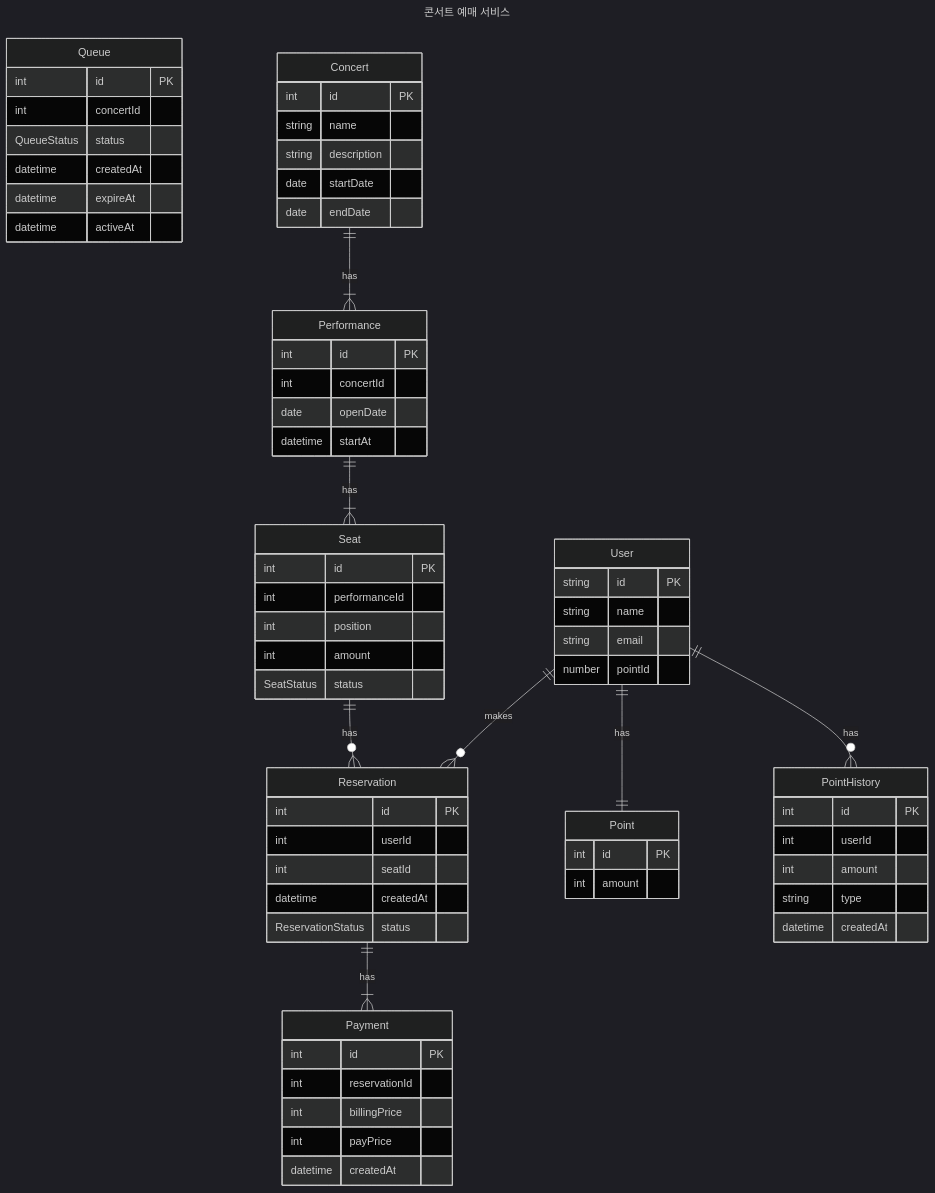
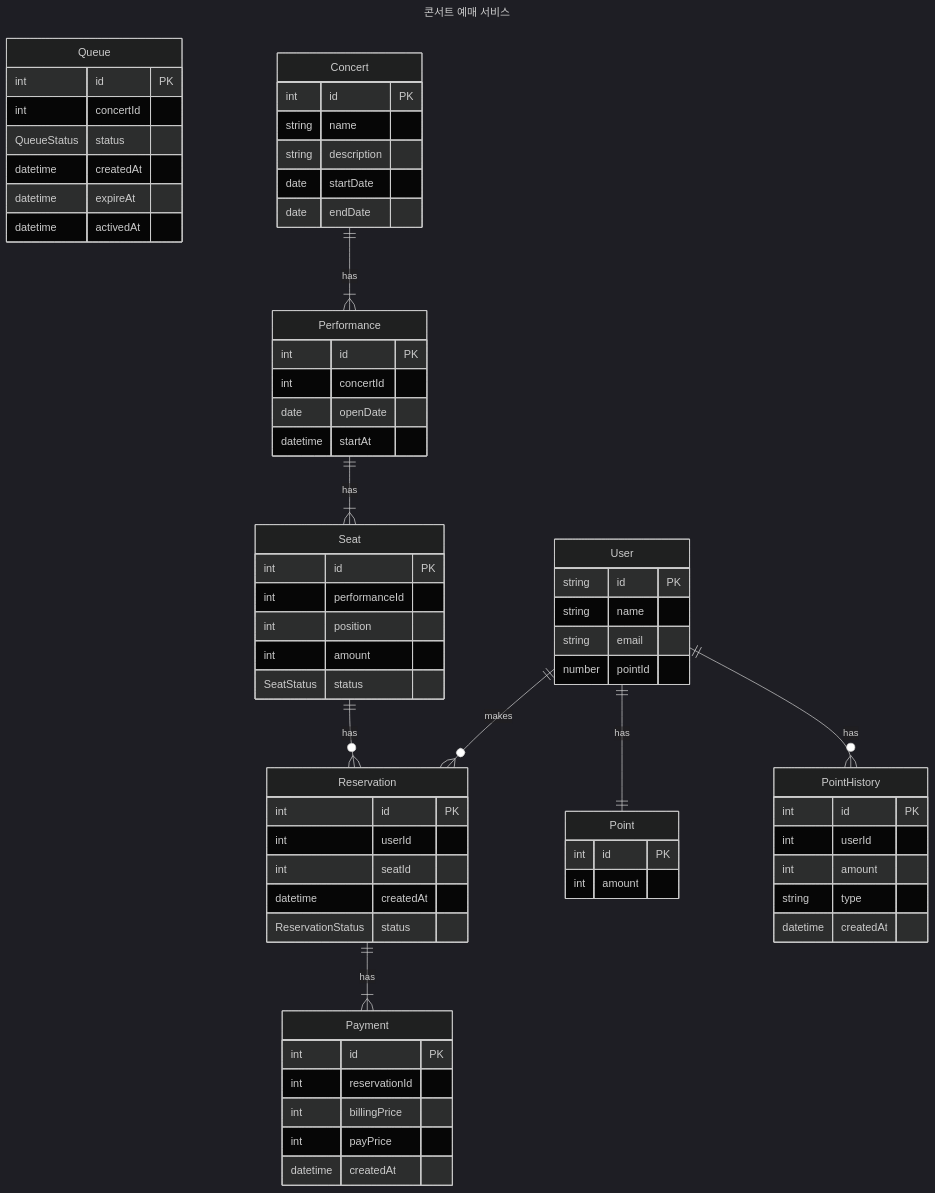
Before and after one commit to dbwogus94/hhplus-concert-ticketing-service: the diagram in docs/4-ERD-정의서.md, drawn with Mermaid (dark theme). The commit also changed 2 other files, not shown here.

Commit message:
feat: QueueEntity 추가된 필드 반영

```diff
--- a/docs/4-ERD-정의서.md
+++ b/docs/4-ERD-정의서.md
@@ -15,7 +15,7 @@
         QueueStatus status
         datetime createdAt
         datetime expireAt
-        datetime activeAt
+        datetime activedAt
     }
 
     %% 콘서트 예약 서비스
```
